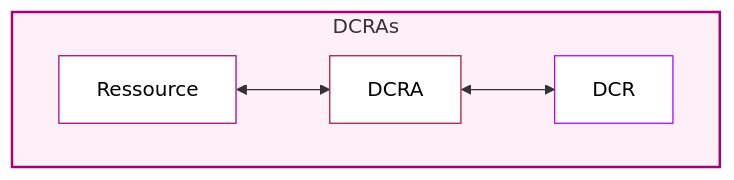
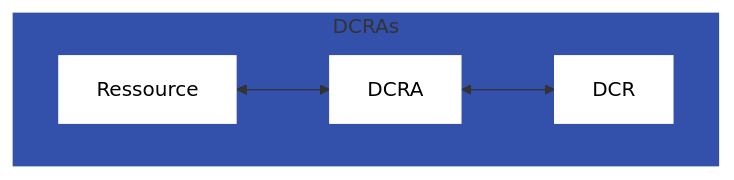
One commit to elouahidiahmed/soc-doc changed the diagram in Sentinel/DCR/01- Règle de collection de données DCR.md. Above: the diagram before and after it, drawn with Mermaid.

Commit message:
v4 graph

````diff
--- a/Sentinel/DCR/01- Règle de collection de données DCR.md
+++ b/Sentinel/DCR/01- Règle de collection de données DCR.md
@@ -35,15 +35,14 @@
 ``` mermaid
 
 flowchart TB
     subgraph DCRAs [DCRAs]
         Ressource <--> DCRA <--> DCR
     end
 
-style DCRAs fill:#FFF0F8,stroke:#AA0075,stroke-width:2px
+style DCRAs fill:#3350aa,stroke:#fff,stroke-width:1px
 
-style Ressource color:#000, fill:#fff, stroke:#AA0075
-style DCRA     color:#000, fill:#fff, stroke:#AA1539
-style DCR      color:#000, fill:#fff, stroke:#AA00FF
-
+style Ressource color:#000, fill:#fff, stroke:#fff
+style DCRA     color:#000, fill:#fff, stroke:#fff
+style DCR      color:#000, fill:#fff, stroke:#fff
 
 ```
````
